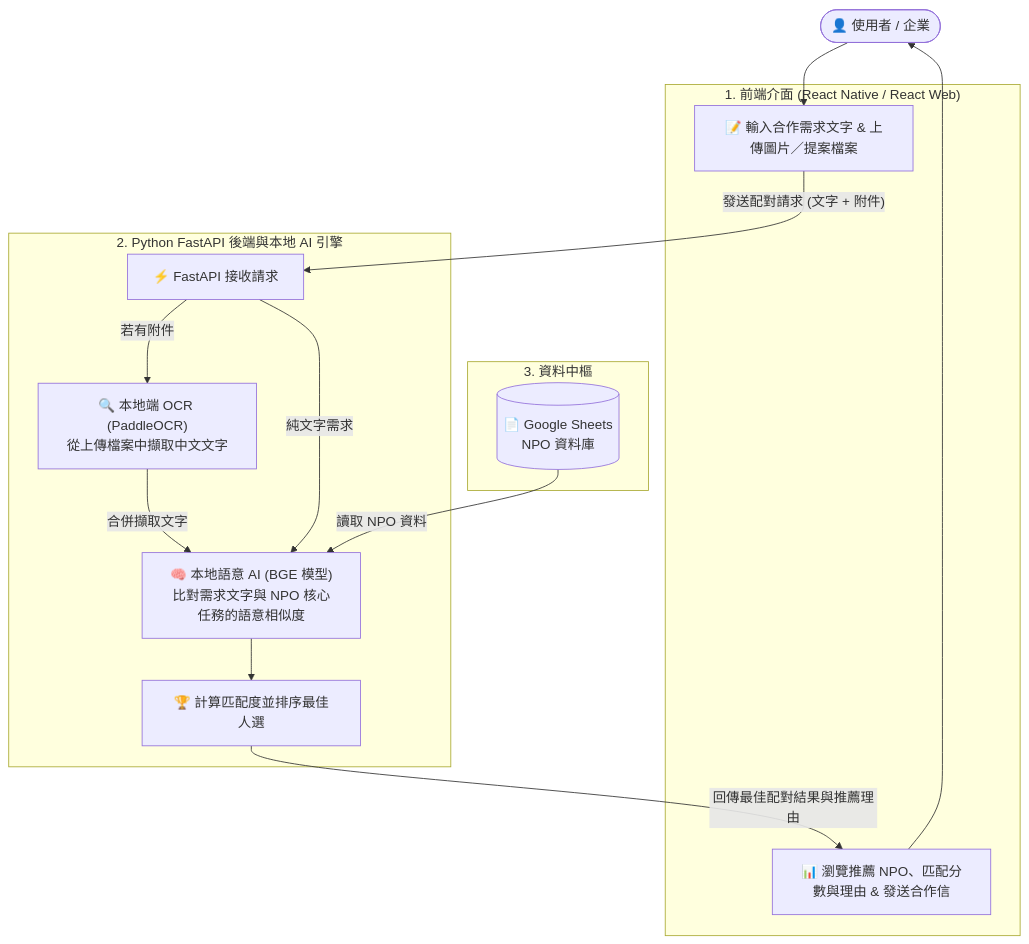
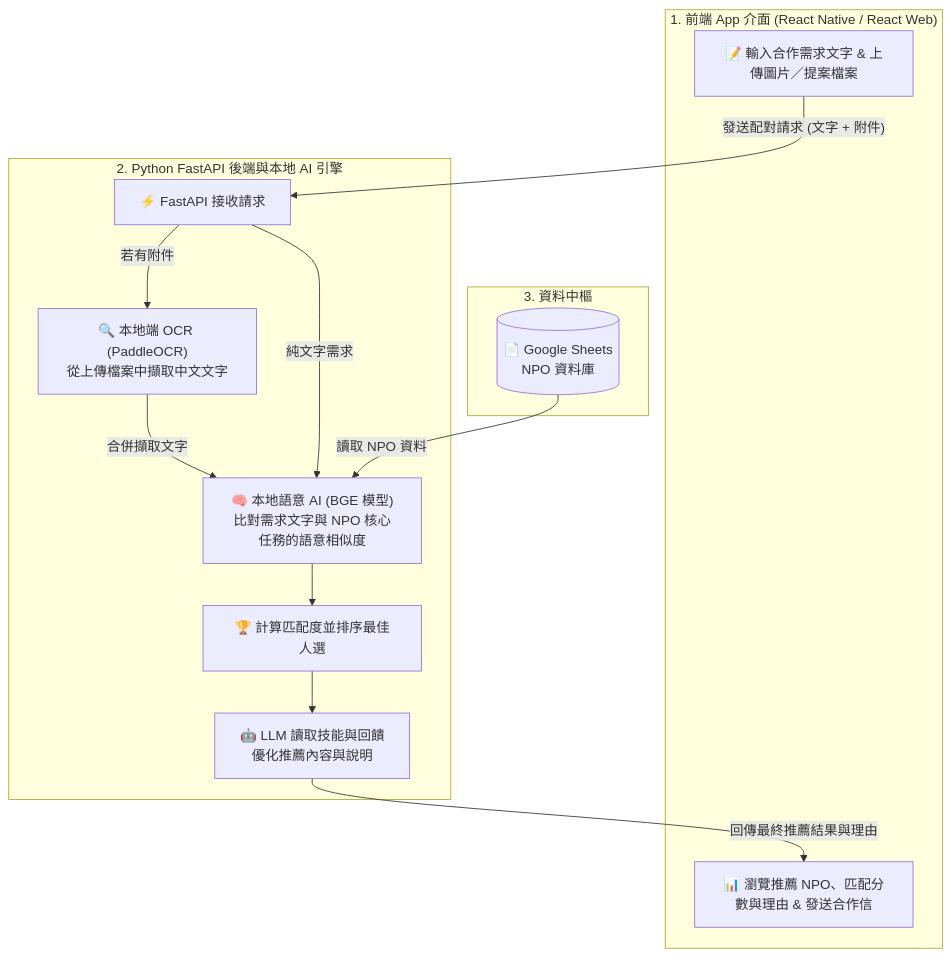
Before and after one commit to LV6LASERLOTUS/haoshi-platform: the diagram in README.md, drawn with Mermaid.

Commit message:
feat: Update system architecture flow in README

````diff
--- a/README.md
+++ b/README.md
@@ -13,30 +13,28 @@
 ```mermaid
 flowchart TD
-    User(["👤 使用者 / 企業"])
-
-    subgraph Frontend["1. 前端介面 (React Native / React Web)"]
+    subgraph Frontend["1. 前端 App 介面 (React Native / React Web)"]
         Input["📝 輸入合作需求文字 & 上傳圖片／提案檔案"]
         Result["📊 瀏覽推薦 NPO、匹配分數與理由 & 發送合作信"]
     end
 
     subgraph Backend["2. Python FastAPI 後端與本地 AI 引擎"]
         API["⚡ FastAPI 接收請求"]
         OCR["🔍 本地端 OCR (PaddleOCR)<br/>從上傳檔案中擷取中文文字"]
         Embed["🧠 本地語意 AI (BGE 模型)<br/>比對需求文字與 NPO 核心任務的語意相似度"]
         Rank["🏆 計算匹配度並排序最佳人選"]
+        LLM["🤖 LLM 讀取技能與回饋<br/>優化推薦內容與說明"]
     end
 
     subgraph Data["3. 資料中樞"]
         DB[("📄 Google Sheets<br/>NPO 資料庫")]
     end
 
-    User --> Input
     Input -- "發送配對請求 (文字 + 附件)" --> API
     API -- "若有附件" --> OCR
     OCR -- "合併擷取文字" --> Embed
     API -- "純文字需求" --> Embed
     DB -- "讀取 NPO 資料" --> Embed
     Embed --> Rank
-    Rank -- "回傳最佳配對結果與推薦理由" --> Result
-    Result --> User
+    Rank --> LLM
+    LLM -- "回傳最終推薦結果與理由" --> Result
 ```
````
